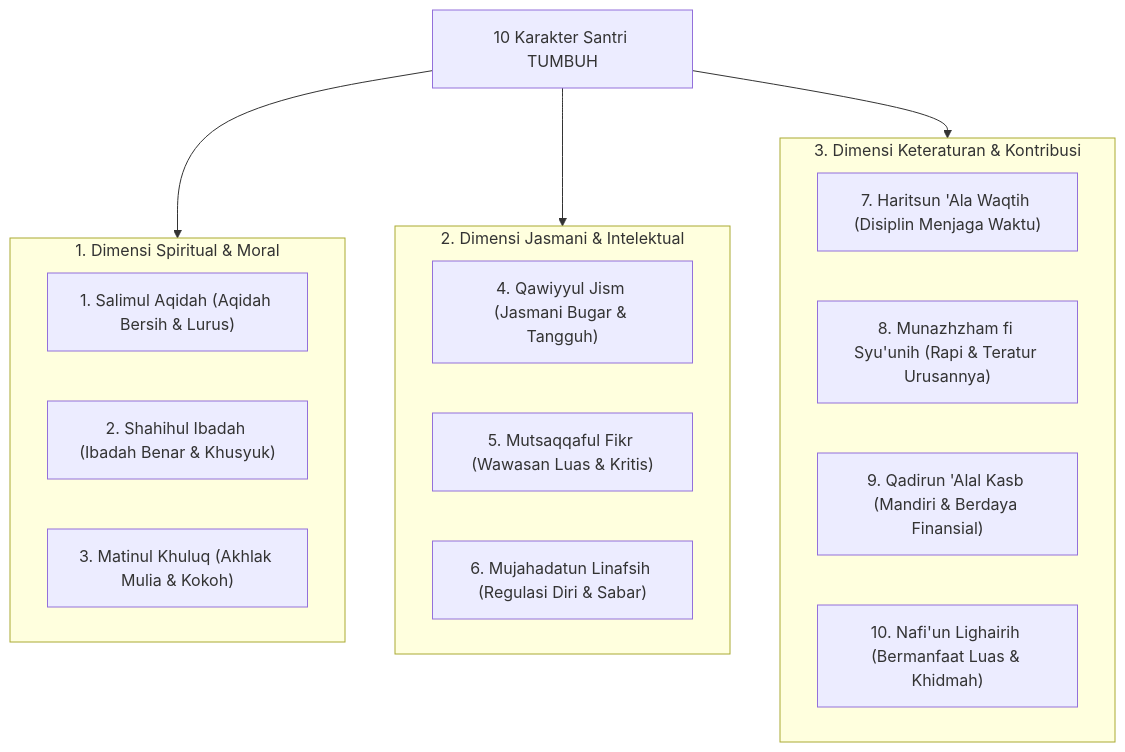
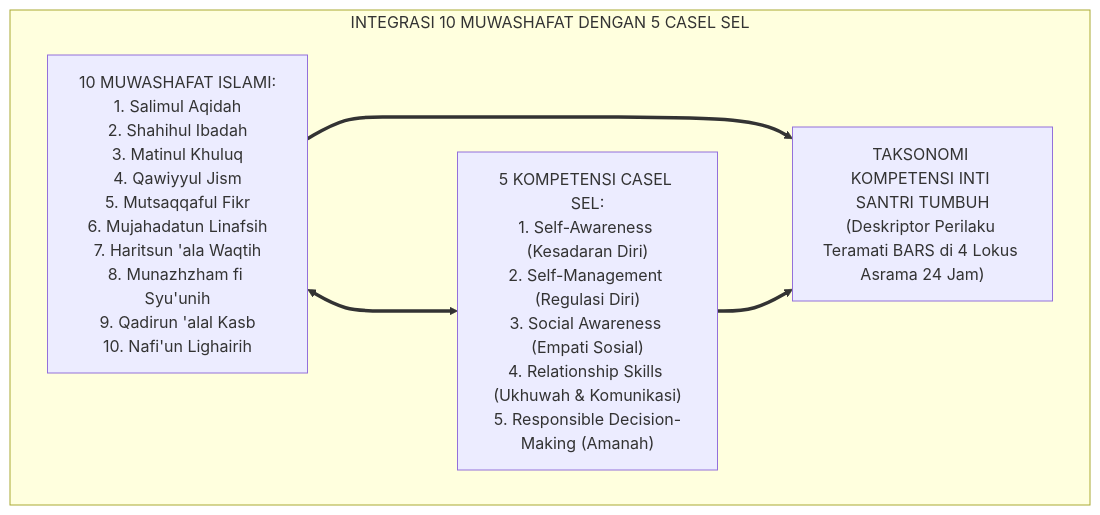
Before and after one commit to wandiapriliyandi/tumbuh: the first of 4 diagrams in 03 Capacity Framework/01 Graduate Profile/P3-01-02-Kompetensi-Inti-10-Karakter-Santri.md, drawn with Mermaid. The commit also changed other lines of this file and 15 other files, not shown here.

````diff
--- a/03 Capacity Framework/01 Graduate Profile/P3-01-02-Kompetensi-Inti-10-Karakter-Santri.md
+++ b/03 Capacity Framework/01 Graduate Profile/P3-01-02-Kompetensi-Inti-10-Karakter-Santri.md
@@ -10,27 +64,13 @@
 ```mermaid
-graph TD
-    Muwashafat["10 Karakter Santri TUMBUH"]
-    
-    subgraph Spiritual_Moral["1. Dimensi Spiritual & Moral"]
-        C1["1. Salimul Aqidah (Aqidah Bersih & Lurus)"]
-        C2["2. Shahihul Ibadah (Ibadah Benar & Khusyuk)"]
-        C3["3. Matinul Khuluq (Akhlak Mulia & Kokoh)"]
+flowchart TD
+    subgraph IntegrasiTaksonomiKarakterTUMBUH["INTEGRASI 10 MUWASHAFAT DENGAN 5 CASEL SEL"]
+        Muwashafat["10 MUWASHAFAT ISLAMI:<br/>1. Salimul Aqidah<br/>2. Shahihul Ibadah<br/>3. Matinul Khuluq<br/>4. Qawiyyul Jism<br/>5. Mutsaqqaful Fikr<br/>6. Mujahadatun Linafsih<br/>7. Haritsun 'ala Waqtih<br/>8. Munazhzham fi Syu'unih<br/>9. Qadirun 'alal Kasb<br/>10. Nafi'un Lighairih"]
+        
+        CASEL["5 KOMPETENSI CASEL SEL:<br/>1. Self-Awareness (Kesadaran Diri)<br/>2. Self-Management (Regulasi Diri)<br/>3. Social Awareness (Empati Sosial)<br/>4. Relationship Skills (Ukhuwah & Komunikasi)<br/>5. Responsible Decision-Making (Amanah)"]
+        
+        Muwashafat <===> CASEL
+        
+        Output["TAKSONOMI KOMPETENSI INTI SANTRI TUMBUH<br/>(Deskriptor Perilaku Teramati BARS di 4 Lokus Asrama 24 Jam)"]
+        Muwashafat & CASEL ==> Output
     end
-    
-    subgraph Jasmani_Nalar["2. Dimensi Jasmani & Intelektual"]
-        C4["4. Qawiyyul Jism (Jasmani Bugar & Tangguh)"]
-        C5["5. Mutsaqqaful Fikr (Wawasan Luas & Kritis)"]
-        C6["6. Mujahadatun Linafsih (Regulasi Diri & Sabar)"]
-    end
-    
-    subgraph Keteraturan_Khidmah["3. Dimensi Keteraturan & Kontribusi"]
-        C7["7. Haritsun 'Ala Waqtih (Disiplin Menjaga Waktu)"]
-        C8["8. Munazhzham fi Syu'unih (Rapi & Teratur Urusannya)"]
-        C9["9. Qadirun 'Alal Kasb (Mandiri & Berdaya Finansial)"]
-        C10["10. Nafi'un Lighairih (Bermanfaat Luas & Khidmah)"]
-    end
-
-    Muwashafat --> Spiritual_Moral
-    Muwashafat --> Jasmani_Nalar
-    Muwashafat --> Keteraturan_Khidmah
 ```
````
